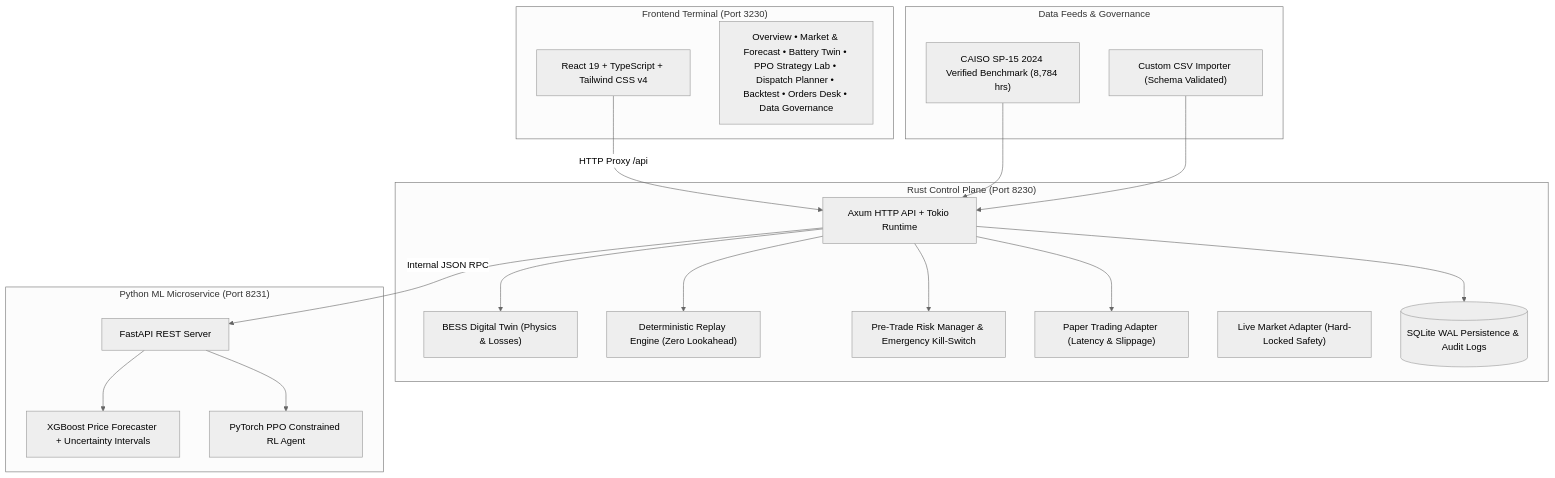
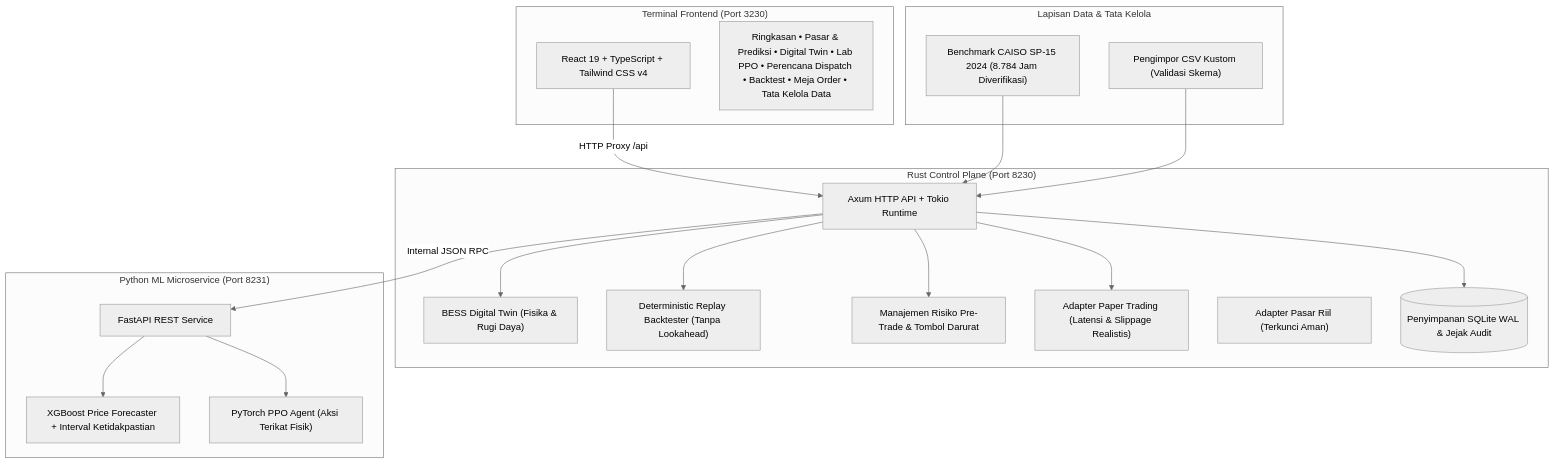
The diagram in README.md (MTaufikIqball00/AI-Algorithmic-Trading-BESS-Arbitrage-Optimizer), drawn with Mermaid (neutral theme) before and after one commit. The commit also changed other lines of this file, not shown here.

````diff
--- a/README.md
+++ b/README.md
@@ -52,40 +52,40 @@
 ```mermaid
 flowchart TD
-    subgraph Frontend ["Frontend Terminal (Port 3230)"]
+    subgraph Frontend ["Terminal Frontend (Port 3230)"]
         UI["React 19 + TypeScript + Tailwind CSS v4"]
-        Views["Overview • Market & Forecast • Battery Twin • PPO Strategy Lab • Dispatch Planner • Backtest • Orders Desk • Data Governance"]
+        Views["Ringkasan • Pasar & Prediksi • Digital Twin • Lab PPO • Perencana Dispatch • Backtest • Meja Order • Tata Kelola Data"]
     end
 
     subgraph Rust ["Rust Control Plane (Port 8230)"]
         AxumServer["Axum HTTP API + Tokio Runtime"]
-        TwinEngine["BESS Digital Twin (Physics & Losses)"]
-        BacktestEngine["Deterministic Replay Engine (Zero Lookahead)"]
-        RiskManager["Pre-Trade Risk Manager & Emergency Kill-Switch"]
-        PaperAdapter["Paper Trading Adapter (Latency & Slippage)"]
-        LiveAdapter["Live Market Adapter (Hard-Locked Safety)"]
-        DB[(SQLite WAL Persistence & Audit Logs)]
+        TwinEngine["BESS Digital Twin (Fisika & Rugi Daya)"]
+        BacktestEngine["Deterministic Replay Backtester (Tanpa Lookahead)"]
+        RiskManager["Manajemen Risiko Pre-Trade & Tombol Darurat"]
+        PaperAdapter["Adapter Paper Trading (Latensi & Slippage Realistis)"]
+        LiveAdapter["Adapter Pasar Riil (Terkunci Aman)"]
+        DB[(Penyimpanan SQLite WAL & Jejak Audit)]
     end
 
     subgraph Python ["Python ML Microservice (Port 8231)"]
-        FastAPIApp["FastAPI REST Server"]
-        XGBoostModel["XGBoost Price Forecaster + Uncertainty Intervals"]
-        PPOModel["PyTorch PPO Constrained RL Agent"]
+        FastAPIApp["FastAPI REST Service"]
+        XGBoostModel["XGBoost Price Forecaster + Interval Ketidakpastian"]
+        PPOModel["PyTorch PPO Agent (Aksi Terikat Fisik)"]
     end
 
-    subgraph BenchmarkData ["Data Feeds & Governance"]
-        CAISOData["CAISO SP-15 2024 Verified Benchmark (8,784 hrs)"]
-        CSVImporter["Custom CSV Importer (Schema Validated)"]
+    subgraph BenchmarkData ["Lapisan Data & Tata Kelola"]
+        CAISOData["Benchmark CAISO SP-15 2024 (8.784 Jam Diverifikasi)"]
+        CSVImporter["Pengimpor CSV Kustom (Validasi Skema)"]
     end
 
     UI -->|HTTP Proxy /api| AxumServer
     AxumServer --> TwinEngine
     AxumServer --> BacktestEngine
     AxumServer --> RiskManager
     AxumServer --> PaperAdapter
     AxumServer --> DB
     AxumServer -->|Internal JSON RPC| FastAPIApp
     FastAPIApp --> XGBoostModel
     FastAPIApp --> PPOModel
     CAISOData --> AxumServer
     CSVImporter --> AxumServer
 ```
````
